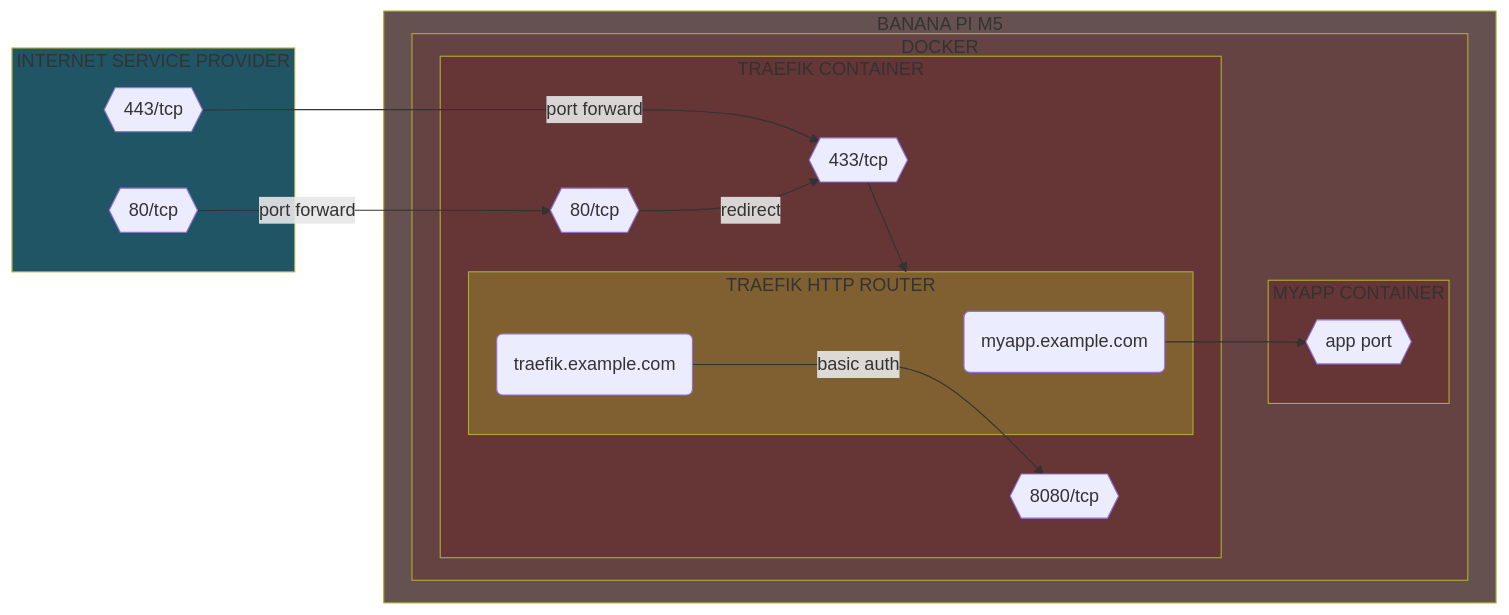
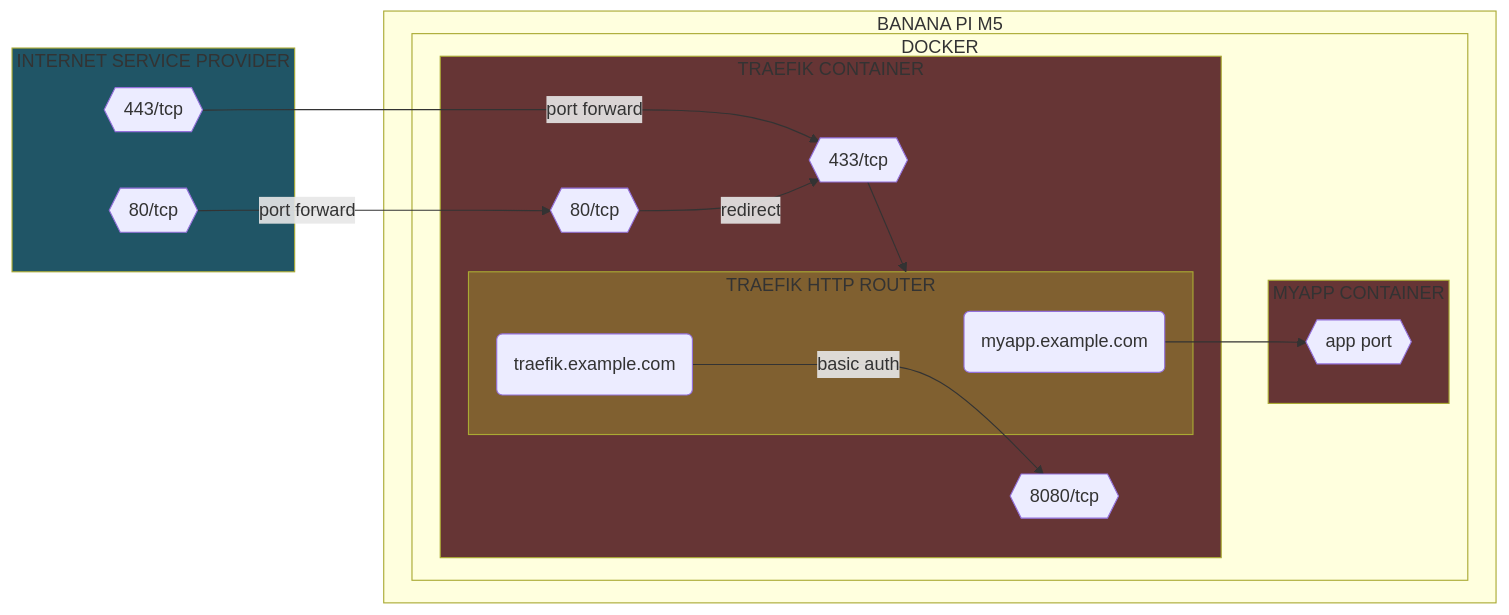
Before and after one commit to Yann39/self-hosted: the third of 7 diagrams in README.md, drawn with Mermaid. The commit also changed other lines of this file and 23 other files, not shown here.

````diff
--- a/README.md
+++ b/README.md
@@ -399,47 +538,45 @@
 ```mermaid
 flowchart LR
     style INTERNET_SERVICE_PROVIDER fill: #205566
-    style SINGLE_BOARD_COMPUTER fill: #665151
-    style CONTAINER_ENGINE fill: #664343
     style TRAEFIK_CONTAINER fill: #663535
     style MYAPP_CONTAINER fill: #663535
     style TRAEFIK_ROUTER fill: #806030
     ROUTER_PORT80{{80/tcp}}
     ROUTER_PORT443{{443/tcp}}
     DOCKER_TRAEFIK_PORT443{{433/tcp}}
     DOCKER_TRAEFIK_PORT80{{80/tcp}}
     DOCKER_MYAPP_PORT5000{{app port}}
     DOCKER_TRAEFIK_PORT8080{{8080/tcp}}
     TRAEFIK_ROUTER_MYAPP(myapp.example.com)
     TRAEFIK_ROUTER_TRAEFIK(traefik.example.com)
 
     subgraph INTERNET_SERVICE_PROVIDER[INTERNET SERVICE PROVIDER]
         ROUTER_PORT80
         ROUTER_PORT443
     end
 
     ROUTER_PORT443 -->|port forward| DOCKER_TRAEFIK_PORT443
     ROUTER_PORT80 -->|port forward| DOCKER_TRAEFIK_PORT80
 
     subgraph SINGLE_BOARD_COMPUTER[BANANA PI M5]
         subgraph CONTAINER_ENGINE[DOCKER]
             subgraph MYAPP_CONTAINER[MYAPP CONTAINER]
                 DOCKER_MYAPP_PORT5000
             end
 
             subgraph TRAEFIK_CONTAINER[TRAEFIK CONTAINER]
                 DOCKER_TRAEFIK_PORT443 --> TRAEFIK_ROUTER
                 DOCKER_TRAEFIK_PORT80 -->|redirect| DOCKER_TRAEFIK_PORT443
 
                 subgraph TRAEFIK_ROUTER[TRAEFIK HTTP ROUTER]
                     TRAEFIK_ROUTER_MYAPP
                     TRAEFIK_ROUTER_TRAEFIK
                 end
 
                 TRAEFIK_ROUTER_TRAEFIK --->|basic auth| DOCKER_TRAEFIK_PORT8080
                 TRAEFIK_ROUTER_MYAPP --> DOCKER_MYAPP_PORT5000
             end
 
         end
     end
 ```
````
